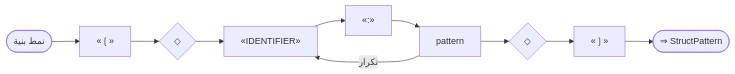
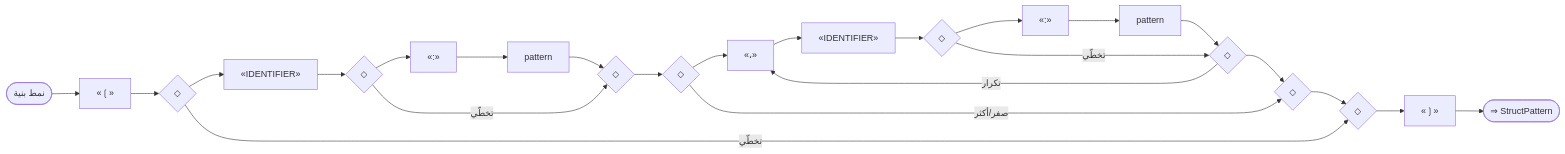
One commit to sadlang/sadlang changed the ninth of 13 diagrams in docs/parser_rule/_generated/50_patterns.md. Above: the diagram before and after it, drawn with Mermaid. The commit also changed other lines of this file and 44 other files, not shown here.

````diff
--- a/docs/parser_rule/_generated/50_patterns.md
+++ b/docs/parser_rule/_generated/50_patterns.md
@@ -318,21 +382,45 @@
 ```mermaid
 flowchart LR
   n1(["نمط بنية"])
   n2["«❲»"]
   n3{"◇"}
   n4{"◇"}
   n5["«IDENTIFIER»"]
-  n6["«:»"]
+  n6{"◇"}
+  n7{"◇"}
+  n8["«:»"]
+  n9["pattern"]
+  n8 --> n9
+  n6 --> n8
+  n9 --> n7
+  n6 -- "تخطّي" --> n7
   n5 --> n6
-  n7["pattern"]
-  n6 --> n7
+  n10{"◇"}
+  n11{"◇"}
+  n12["«،»"]
+  n13["«IDENTIFIER»"]
+  n12 --> n13
+  n14{"◇"}
+  n15{"◇"}
+  n16["«:»"]
+  n17["pattern"]
+  n16 --> n17
+  n14 --> n16
+  n17 --> n15
+  n14 -- "تخطّي" --> n15
+  n13 --> n14
+  n10 --> n12
+  n15 --> n11
+  n15 -- "تكرار" --> n12
+  n10 -- "صفر/أكثر" --> n11
+  n7 --> n10
   n3 --> n5
-  n7 --> n4
-  n7 -- "تكرار" --> n5
+  n11 --> n4
+  n3 -- "تخطّي" --> n4
   n2 --> n3
-  n8["«❳»"]
-  n4 --> n8
+  n18["«❳»"]
+  n4 --> n18
   n1 --> n2
-  n9(["⇒ StructPattern"])
-  n8 --> n9
+  n19(["⇒ StructPattern"])
+  n18 --> n19
 ```
````
